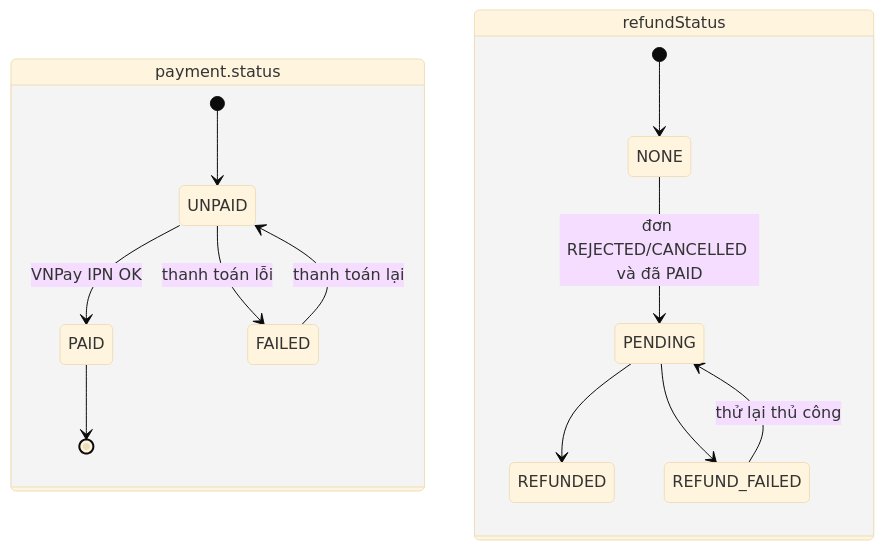
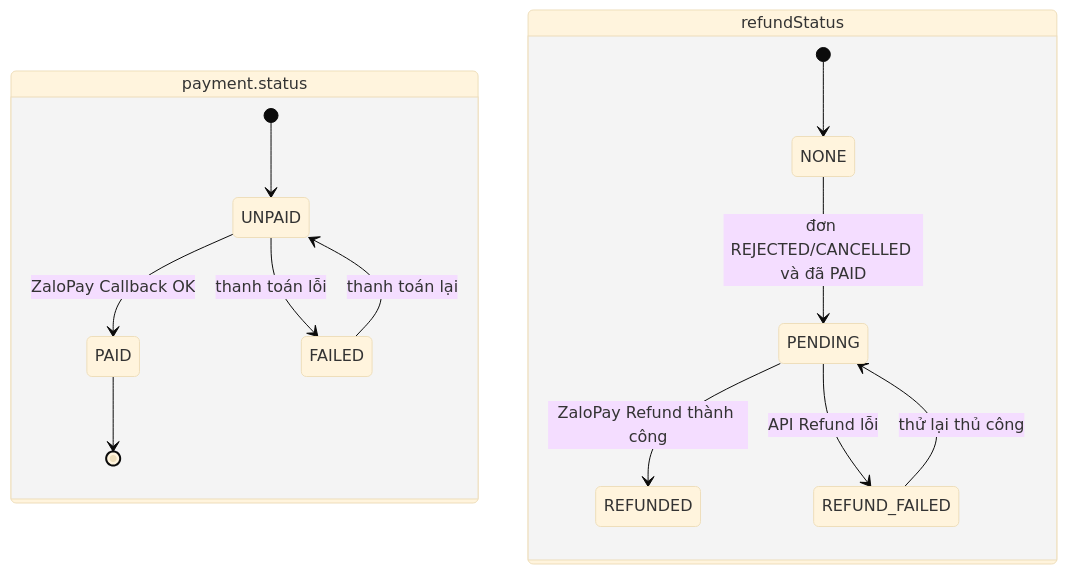
The second of 10 diagrams in docs/06-state-data-class.md (thanhpino/MobileAppFinalProject-MiaoSong), drawn with Mermaid (base theme) before and after one commit. The commit also changed other lines of this file and 51 other files, not shown here.

Commit message:
- completed class diagrams - completed activity diagrams - completed use case diagrams - completed test plans - adjusted the sequence diagrams from TMT after changing from vnpay to zalopay, and ggmap to openstreetmap

````diff
--- a/docs/06-state-data-class.md
+++ b/docs/06-state-data-class.md
@@ -49,17 +56,17 @@
 ```mermaid
 stateDiagram-v2
     state "payment.status" as P {
         [*] --> UNPAID
-        UNPAID --> PAID: VNPay IPN OK
+        UNPAID --> PAID: ZaloPay Callback OK
         UNPAID --> FAILED: thanh toán lỗi
         FAILED --> UNPAID: thanh toán lại
         PAID --> [*]
     }
     state "refundStatus" as R {
         [*] --> NONE
         NONE --> PENDING: đơn REJECTED/CANCELLED và đã PAID
-        PENDING --> REFUNDED
-        PENDING --> REFUND_FAILED
+        PENDING --> REFUNDED: ZaloPay Refund thành công
+        PENDING --> REFUND_FAILED: API Refund lỗi
         REFUND_FAILED --> PENDING: thử lại thủ công
     }
 ```
````
